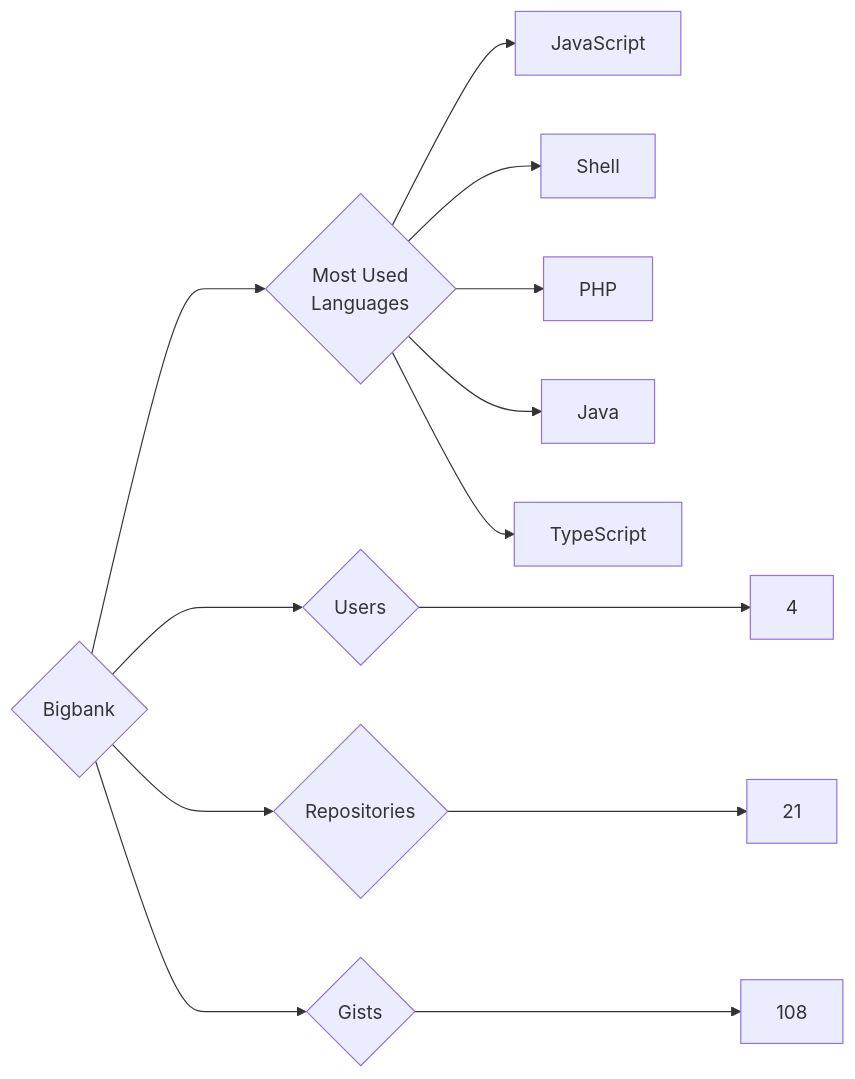
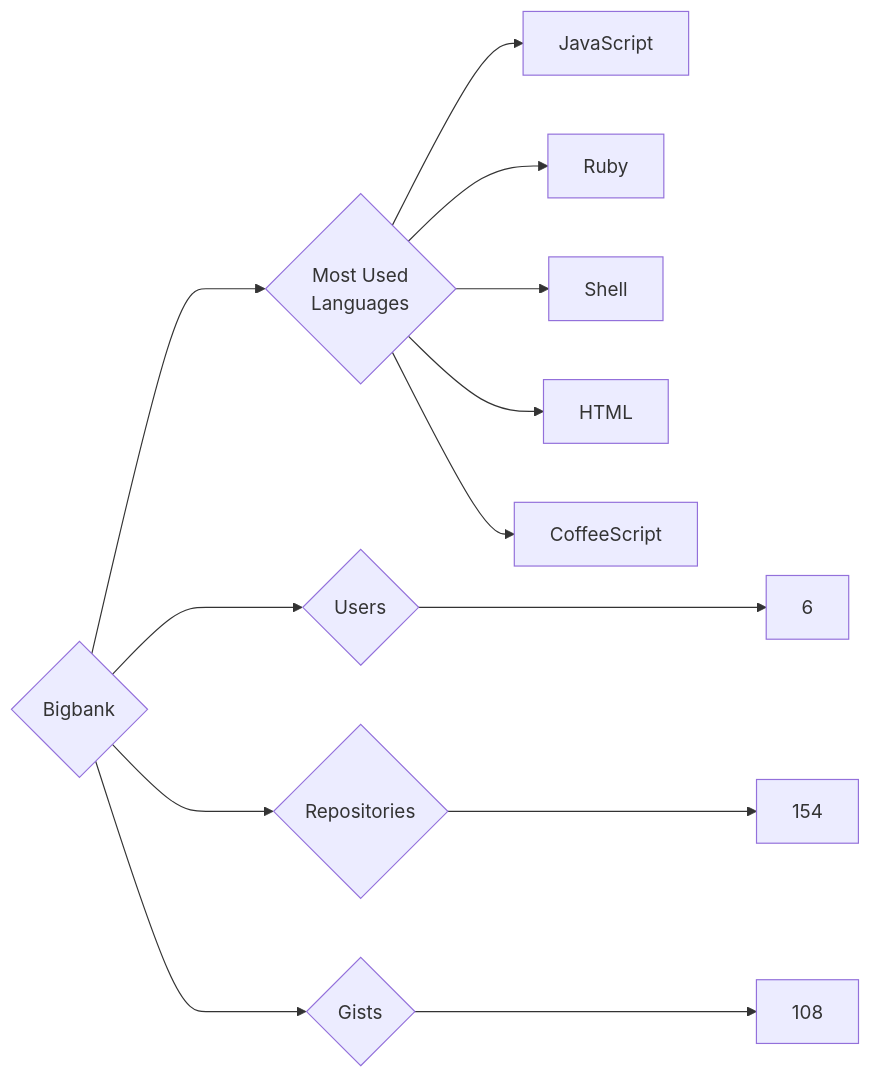
Before and after one commit to trickest/insiders: the diagram in targets/Bigbank/README.md, drawn with Mermaid. The commit also changed 773 other files, not shown here.

````diff
--- a/targets/Bigbank/README.md
+++ b/targets/Bigbank/README.md
@@ -3,13 +3,13 @@
 ```mermaid
 graph LR
 COMPANY_NAME{Bigbank}
-COMPANY_NAME ---> U{Users} ---> UN[4]
-COMPANY_NAME ---> R{Repositories} ---> RN[21]
+COMPANY_NAME ---> U{Users} ---> UN[6]
+COMPANY_NAME ---> R{Repositories} ---> RN[154]
 COMPANY_NAME ---> G{Gists} ---> GN[108]
 COMPANY_NAME ---> ML{Most Used<br>Languages}
 ML --> JavaScript[JavaScript]
+ML --> Ruby[Ruby]
 ML --> Shell[Shell]
-ML --> PHP[PHP]
-ML --> Java[Java]
-ML --> TypeScript[TypeScript]
+ML --> HTML[HTML]
+ML --> CoffeeScript[CoffeeScript]
 ```
````
